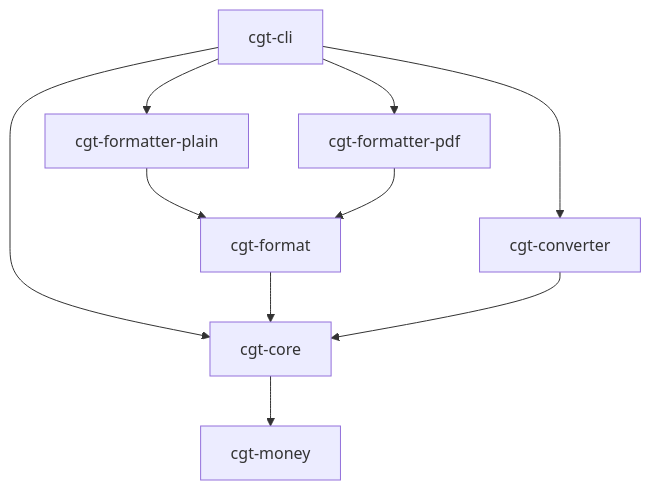
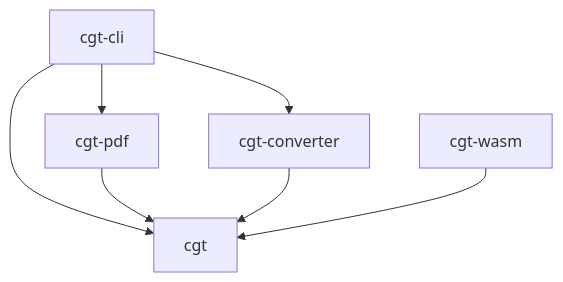
The diagram in docs/architecture.md (velikodniy/cgt-tool), drawn with Mermaid before and after one commit. The commit also changed other lines of this file, not shown here.

Commit message:
docs: document the cgt engine architecture and pipeline

````diff
--- a/docs/architecture.md
+++ b/docs/architecture.md
@@ -5,14 +5,10 @@
 ```mermaid
 graph TD
-    cgt-cli --> cgt-core
-    cgt-cli --> cgt-formatter-plain
-    cgt-cli --> cgt-formatter-pdf
+    cgt-cli --> cgt
+    cgt-cli --> cgt-pdf
     cgt-cli --> cgt-converter
 
-    cgt-formatter-plain --> cgt-format
-    cgt-formatter-pdf --> cgt-format
-    cgt-format --> cgt-core
-
-    cgt-converter --> cgt-core
-    cgt-core --> cgt-money
+    cgt-pdf --> cgt
+    cgt-converter --> cgt
+    cgt-wasm --> cgt
 ```
````
